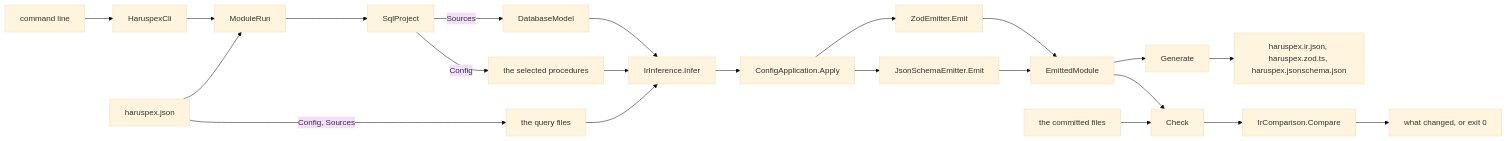
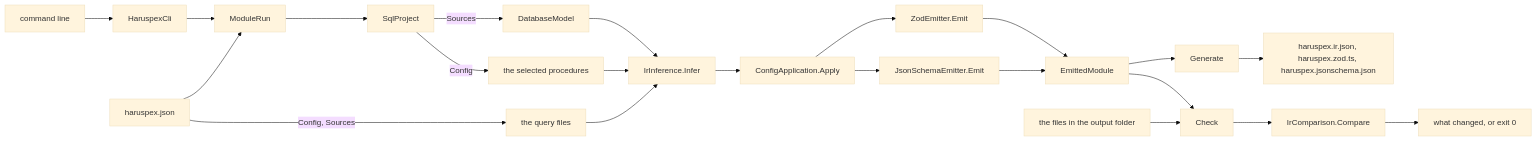
Before and after one commit to haruspex-tools/haruspex: the diagram in src/Haruspex.Cli/README.md, drawn with Mermaid (base theme). The commit also changed other lines of this file and 22 other files, not shown here.

First line of the commit message:
check compares with the files in the output folder, and the docs now say so

````diff
--- a/src/Haruspex.Cli/README.md
+++ b/src/Haruspex.Cli/README.md
@@ -19,24 +19,24 @@
 ```mermaid
 flowchart LR
     args["command line"] --> cli["HaruspexCli"]
     cli --> run["ModuleRun"]
     configFile["haruspex.json"] --> run
     run --> project["SqlProject"]
     project -->|Sources| model["DatabaseModel"]
     project -->|Config| selected["the selected procedures"]
     configFile -->|"Config, Sources"| queries["the query files"]
     queries --> infer
     model --> infer["IrInference.Infer"]
     selected --> infer
     infer --> apply["ConfigApplication.Apply"]
     apply --> zod["ZodEmitter.Emit"]
     apply --> jsonSchema["JsonSchemaEmitter.Emit"]
     zod --> emitted["EmittedModule"]
     jsonSchema --> emitted
     emitted --> generate["Generate"]
     generate --> files["haruspex.ir.json, haruspex.zod.ts, haruspex.jsonschema.json"]
     emitted --> check["Check"]
-    committed["the committed files"] --> check
+    committed["the files in the output folder"] --> check
     check --> compare["IrComparison.Compare"]
     compare --> changes["what changed, or exit 0"]
 ```
````
